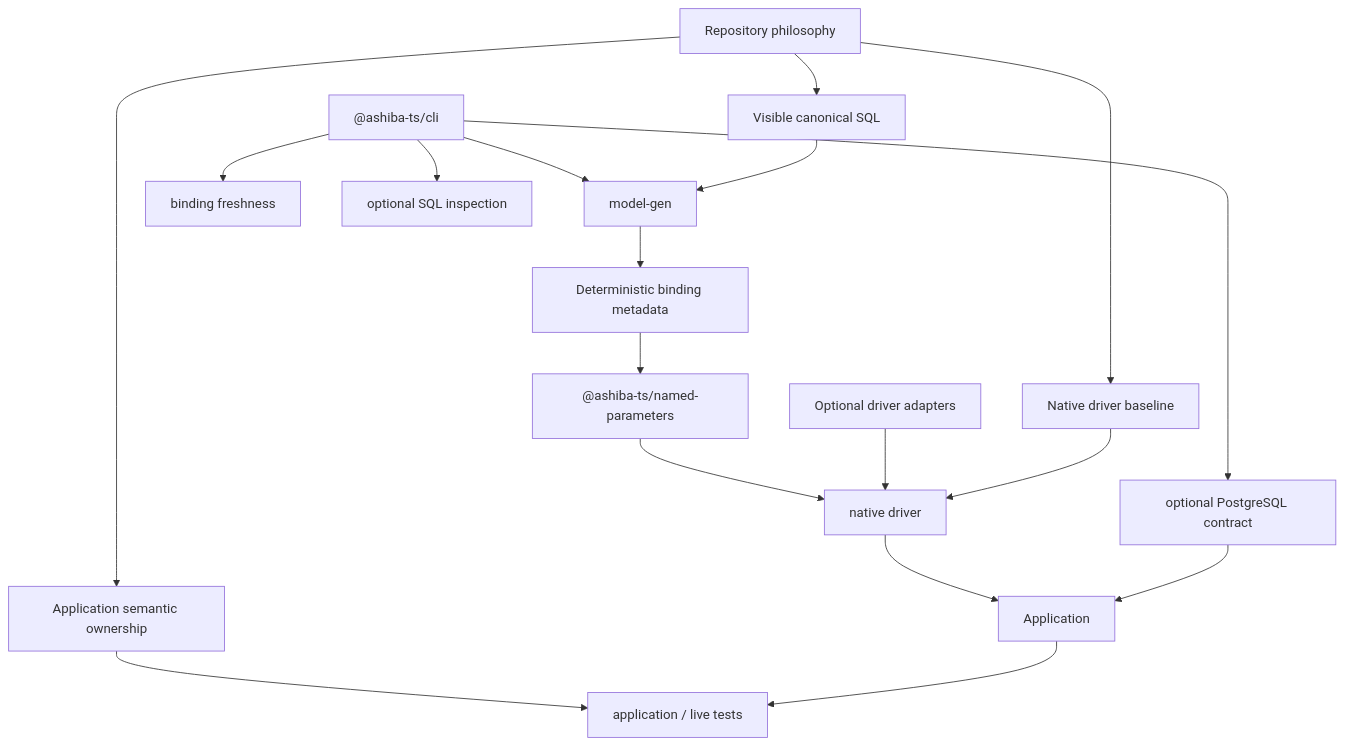
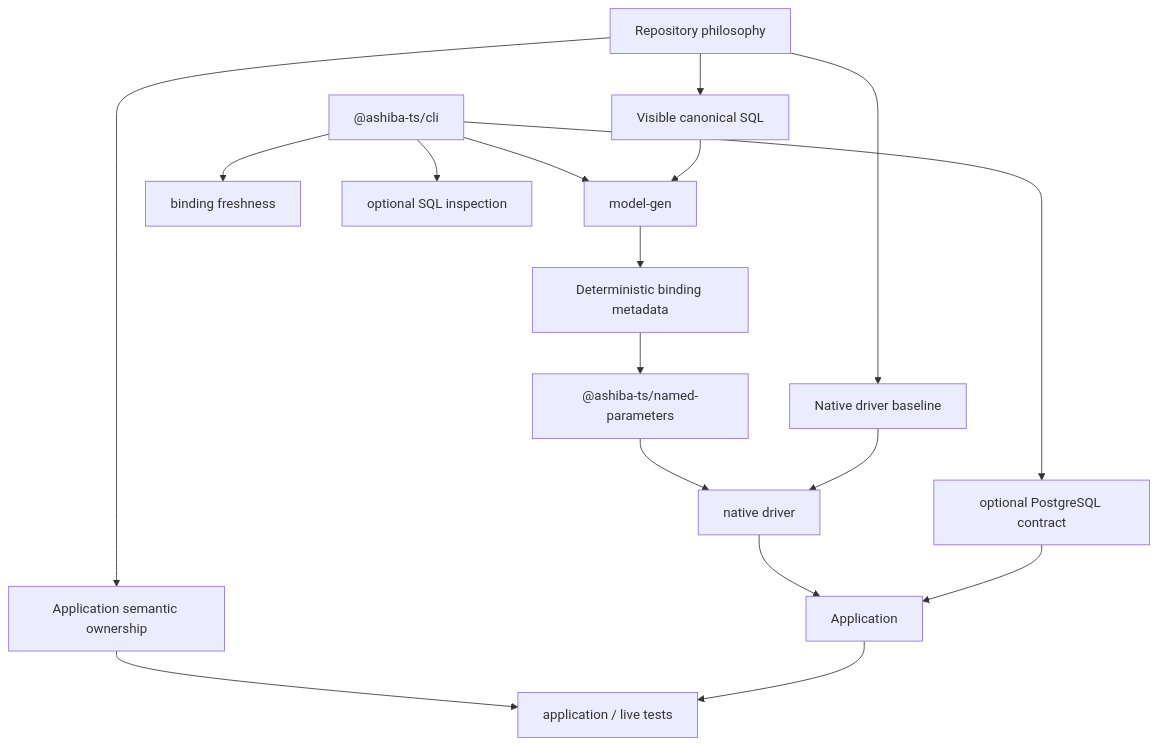
The diagram in docs/concepts/concept-map.md (mk3008/ashiba), drawn with Mermaid before and after one commit. The commit also changed other lines of this file and 100 other files, not shown here.

````diff
--- a/docs/concepts/concept-map.md
+++ b/docs/concepts/concept-map.md
@@ -89,28 +86,26 @@
 ```mermaid
 flowchart TD
   Repo["Repository philosophy"]
   CLI["@ashiba-ts/cli"]
   Binding["@ashiba-ts/named-parameters"]
-  Drivers["Optional driver adapters"]
   App["Application"]
 
   Repo --> VisibleSql["Visible canonical SQL"]
   Repo --> NativeBoundary["Native driver baseline"]
   Repo --> SemanticOwnership["Application semantic ownership"]
 
   CLI --> Generate["model-gen"]
   Generate --> Metadata["Deterministic binding metadata"]
   CLI --> Freshness["binding freshness"]
   CLI --> Contract["optional PostgreSQL contract"]
   CLI --> Inspection["optional SQL inspection"]
 
   VisibleSql --> Generate
   Metadata --> Binding
   Binding --> NativeDriver["native driver"]
-  Drivers --> NativeDriver
   NativeBoundary --> NativeDriver
   NativeDriver --> App
   Contract --> App
   SemanticOwnership --> AppTests["application / live tests"]
   App --> AppTests
 ```
````
